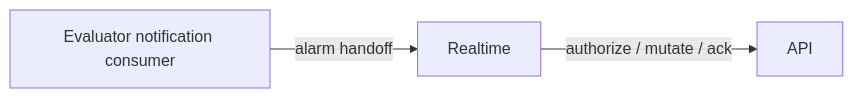
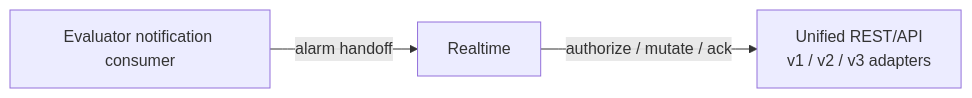
The first of 8 diagrams in docs/30-design/tenancy/sql-and-migration-architecture.md (bewest/rag-nightscout-ecosystem-alignment), drawn with Mermaid before and after one commit. The commit also changed other lines of this file and 2 other files, not shown here.

Commit message:
Show REST versions as adapters within one stateless API component

````diff
--- a/docs/30-design/tenancy/sql-and-migration-architecture.md
+++ b/docs/30-design/tenancy/sql-and-migration-architecture.md
@@ -132,5 +139,5 @@
 ```mermaid
 flowchart LR
   EV["Evaluator notification consumer"] -->|"alarm handoff"| RT["Realtime"]
-  RT -->|"authorize / mutate / ack"| API["API"]
+  RT -->|"authorize / mutate / ack"| API["Unified REST/API<br/>v1 / v2 / v3 adapters"]
 ```
````
